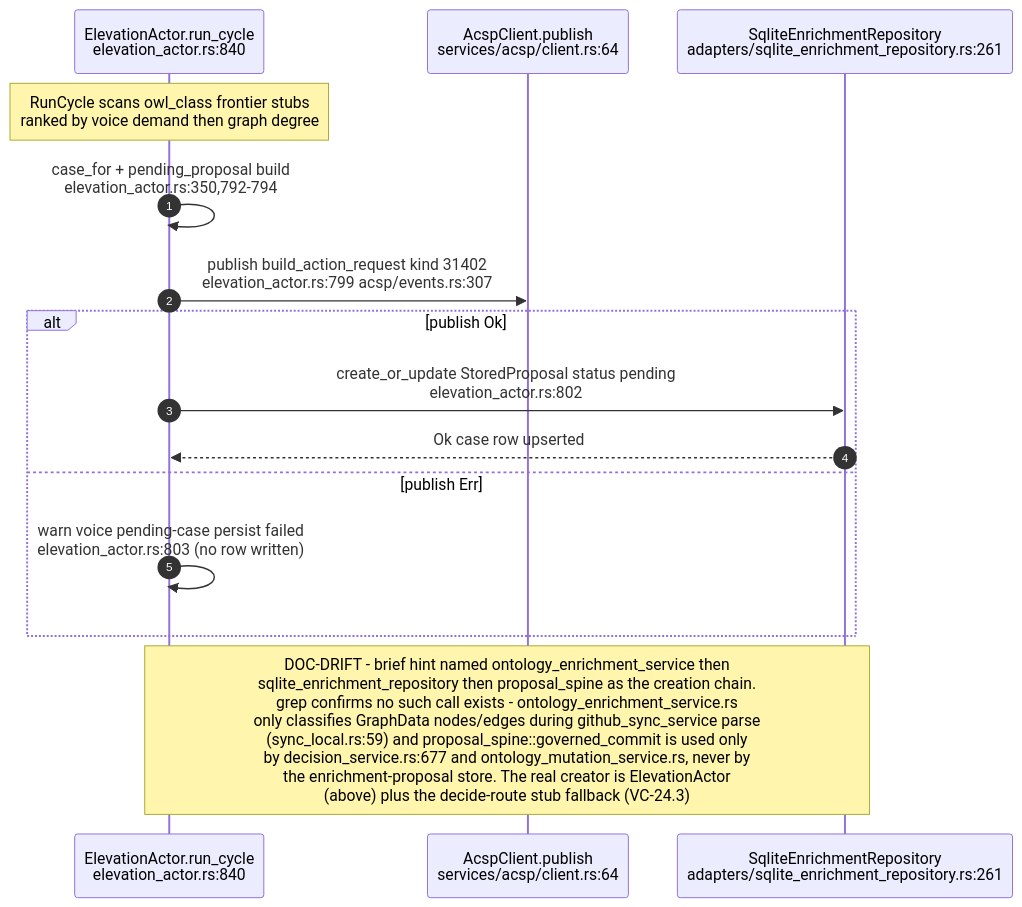
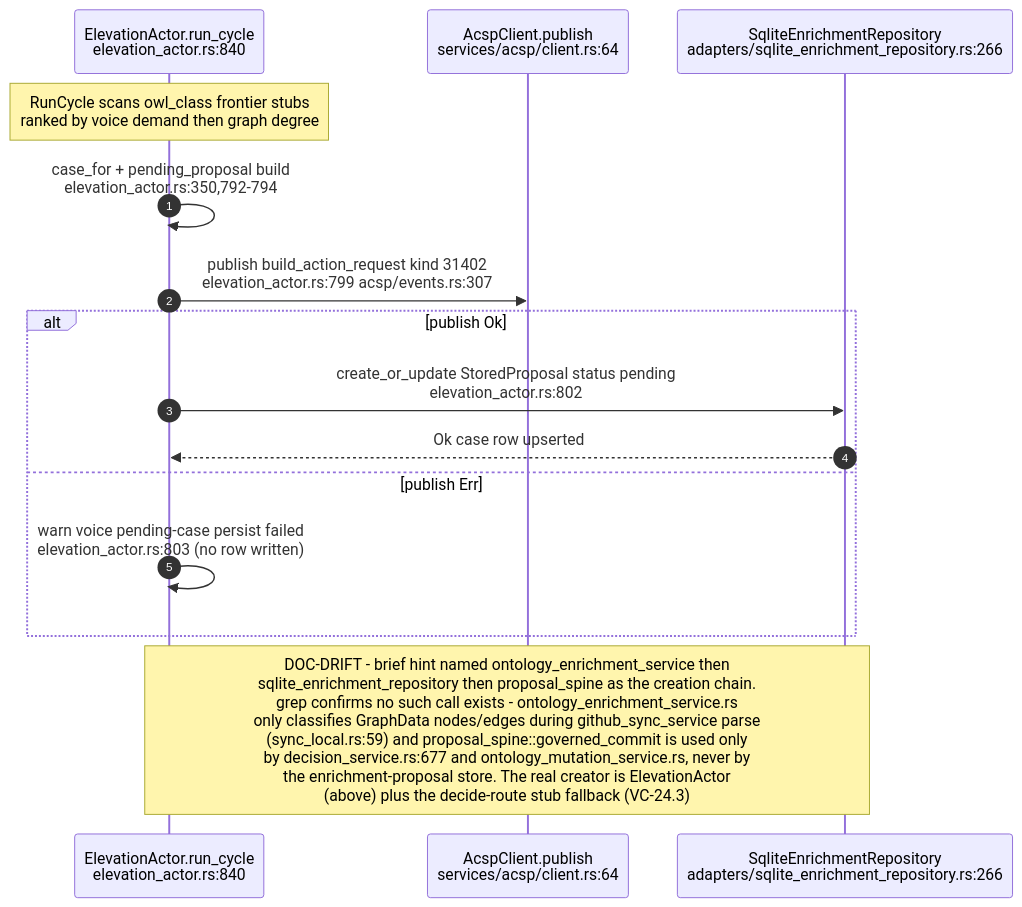
One commit to DreamLab-AI/AR-AI-Knowledge-Graph changed the second of 11 diagrams in docs/diagrams/visionclaw/24-acsp-decision-elevation.md. Above: the diagram before and after it, drawn with Mermaid. The commit also changed other lines of this file and 73 other files, not shown here.

First line of the commit message:
docs(diagrams): re-verify all 71 topic files against HEAD; add --cite-check

````diff
--- a/docs/diagrams/visionclaw/24-acsp-decision-elevation.md
+++ b/docs/diagrams/visionclaw/24-acsp-decision-elevation.md
@@ -64,17 +65,17 @@
 ```mermaid
 sequenceDiagram
     autonumber
     participant EA as ElevationActor.run_cycle<br/>elevation_actor.rs:840
     participant ACSP as AcspClient.publish<br/>services/acsp/client.rs:64
-    participant REPO as SqliteEnrichmentRepository<br/>adapters/sqlite_enrichment_repository.rs:261
+    participant REPO as SqliteEnrichmentRepository<br/>adapters/sqlite_enrichment_repository.rs:266
     Note over EA: RunCycle scans owl_class frontier stubs<br/>ranked by voice demand then graph degree
     EA->>EA: case_for + pending_proposal build<br/>elevation_actor.rs:350,792-794
     EA->>ACSP: publish build_action_request kind 31402<br/>elevation_actor.rs:799 acsp/events.rs:307
     alt publish Ok
         EA->>REPO: create_or_update StoredProposal status pending<br/>elevation_actor.rs:802
         REPO-->>EA: Ok case row upserted
     else publish Err
         EA->>EA: warn voice pending-case persist failed<br/>elevation_actor.rs:803 (no row written)
     end
     Note over EA,REPO: DOC-DRIFT - brief hint named ontology_enrichment_service then<br/>sqlite_enrichment_repository then proposal_spine as the creation chain.<br/>grep confirms no such call exists - ontology_enrichment_service.rs<br/>only classifies GraphData nodes/edges during github_sync_service parse<br/>(sync_local.rs:59) and proposal_spine::governed_commit is used only<br/>by decision_service.rs:677 and ontology_mutation_service.rs, never by<br/>the enrichment-proposal store. The real creator is ElevationActor<br/>(above) plus the decide-route stub fallback (VC-24.3)
 ```
````
